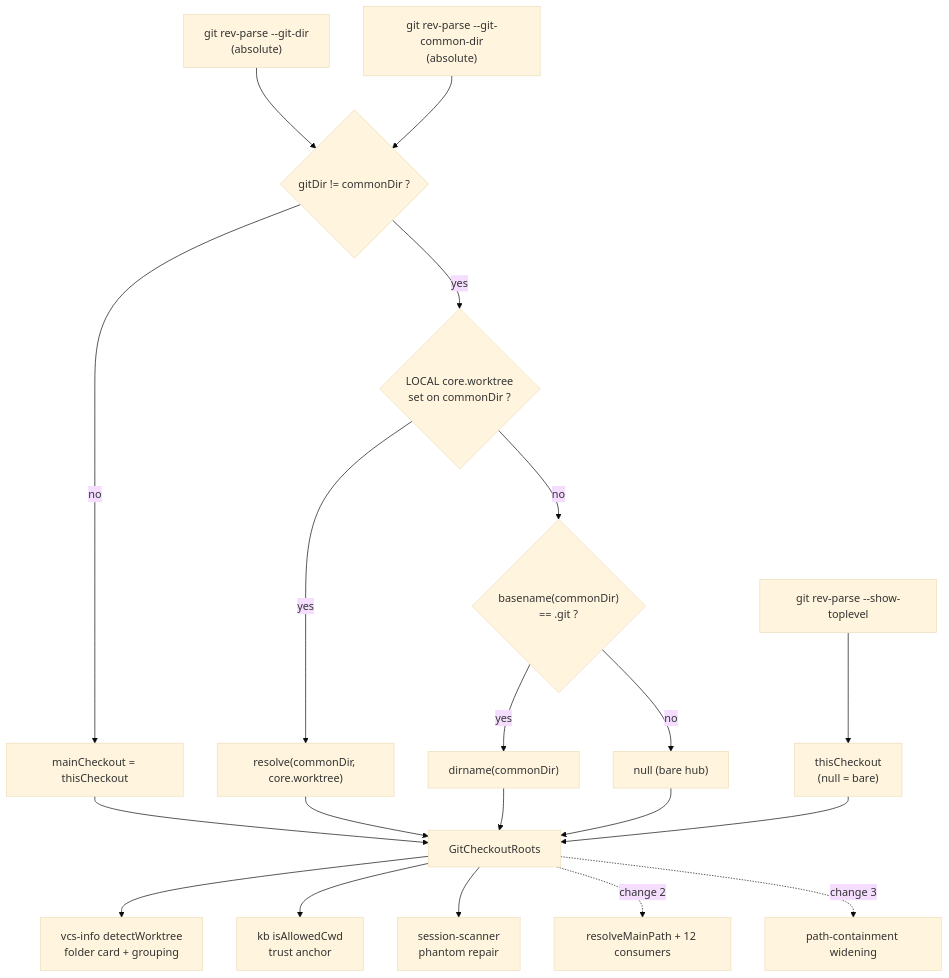
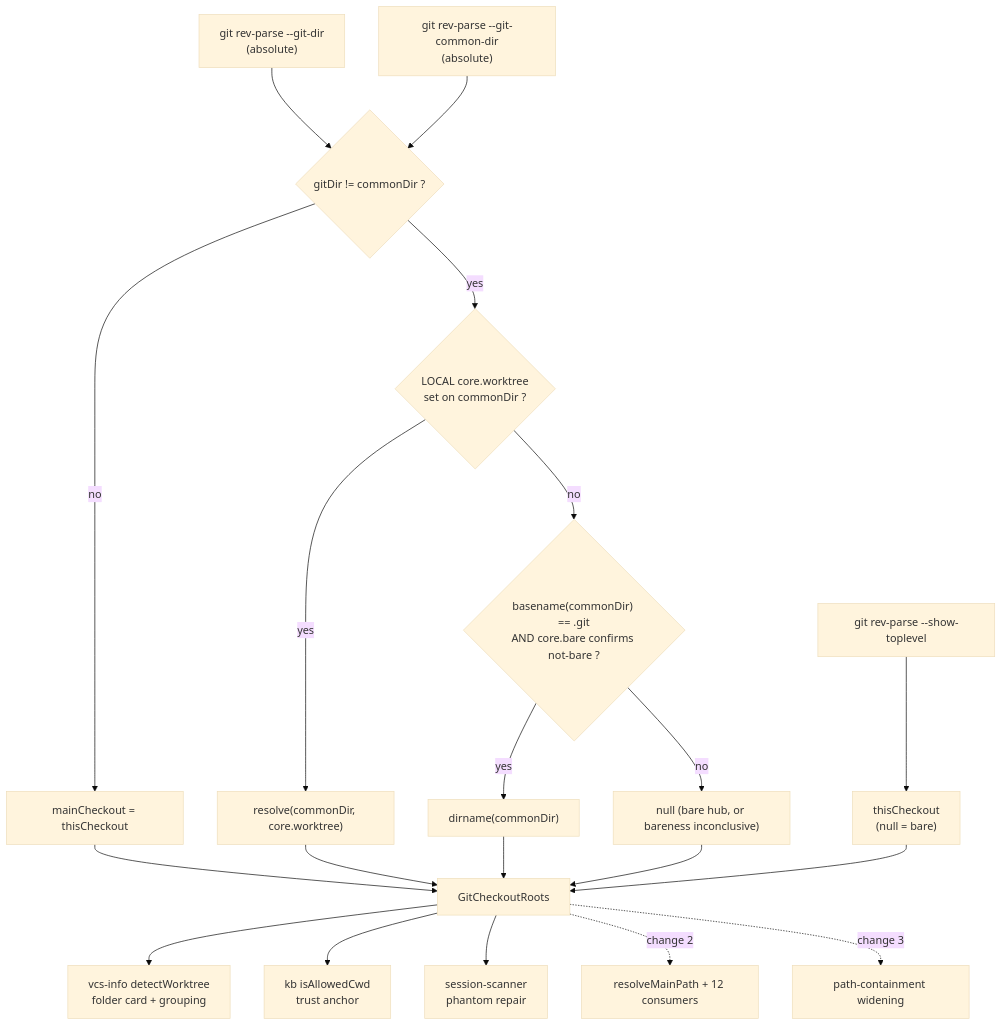
The diagram in openspec/changes/archive/2026-09-09-add-git-checkout-root-resolver/proposal.md (BlackBeltTechnology/pi-agent-dashboard), drawn with Mermaid (base theme) before and after one commit. The commit also changed other lines of this file and 10 other files, not shown here.

````diff
--- a/openspec/changes/archive/2026-09-09-add-git-checkout-root-resolver/proposal.md
+++ b/openspec/changes/archive/2026-09-09-add-git-checkout-root-resolver/proposal.md
@@ -94,25 +97,25 @@
 ```mermaid
 flowchart TD
   GD["git rev-parse --git-dir<br/>(absolute)"] --> Q{"gitDir != commonDir ?"}
   CD["git rev-parse --git-common-dir<br/>(absolute)"] --> Q
   TL["git rev-parse --show-toplevel"] --> TC["thisCheckout<br/>(null = bare)"]
 
   Q -->|no| M1["mainCheckout = thisCheckout"]
   Q -->|yes| CW{"LOCAL core.worktree<br/>set on commonDir ?"}
   CW -->|yes| M2["resolve(commonDir, core.worktree)"]
-  CW -->|no| BN{"basename(commonDir)<br/>== .git ?"}
+  CW -->|no| BN{"basename(commonDir) == .git<br/>AND core.bare confirms not-bare ?"}
   BN -->|yes| M3["dirname(commonDir)"]
-  BN -->|no| M4["null (bare hub)"]
+  BN -->|no| M4["null (bare hub, or bareness inconclusive)"]
 
   M1 --> R["GitCheckoutRoots"]
   M2 --> R
   M3 --> R
   M4 --> R
   TC --> R
 
   R --> S1["vcs-info detectWorktree<br/>folder card + grouping"]
   R --> S2["kb isAllowedCwd<br/>trust anchor"]
   R --> S3["session-scanner<br/>phantom repair"]
   R -.->|"change 2"| S4["resolveMainPath + 12 consumers"]
   R -.->|"change 3"| S5["path-containment widening"]
 ```
````
